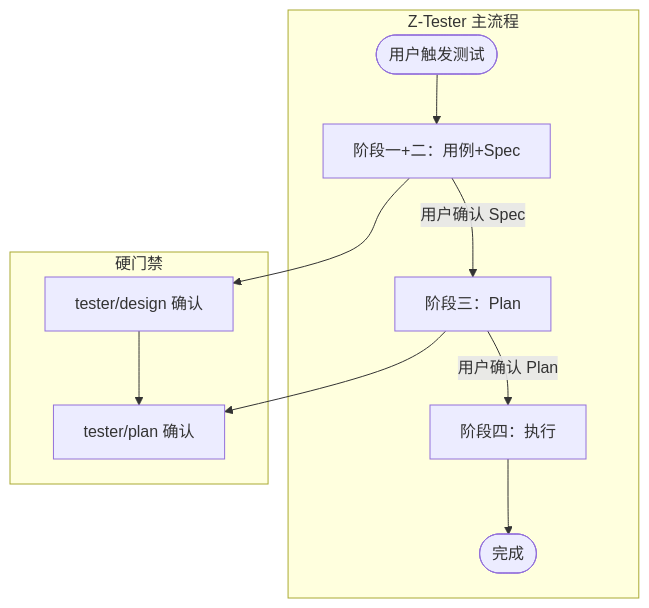
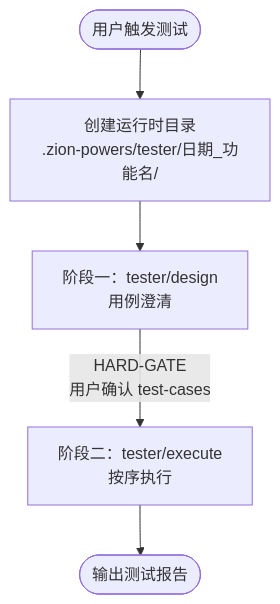
The fourth of 5 diagrams in z-powers/design.md (zion2019/superpowers), drawn with Mermaid before and after one commit. The commit also changed other lines of this file and 4 other files, not shown here.

````diff
--- a/z-powers/design.md
+++ b/z-powers/design.md
@@ -483,16 +483,7 @@
 ```mermaid
 flowchart TD
-    subgraph Main["Z-Tester 主流程"]
-        START([用户触发测试]) --> S1[阶段一+二：用例+Spec]
-        S1 -->|用户确认 Spec| S3[阶段三：Plan]
-        S3 -->|用户确认 Plan| S4[阶段四：执行]
-        S4 --> END([完成])
-    end
-
-    subgraph Gate["硬门禁"]
-        G1[tester/design 确认] --> G2[tester/plan 确认]
-    end
-
-    S1 --> G1
-    S3 --> G2
+    START([用户触发测试]) --> RUN_DIR[创建运行时目录\n.zion-powers/tester/日期_功能名/]
+    RUN_DIR --> DESIGN[阶段一：tester/design\n用例澄清]
+    DESIGN -->|HARD-GATE\n用户确认 test-cases| EXECUTE[阶段二：tester/execute\n按序执行]
+    EXECUTE --> END([输出测试报告])
 ```
````
